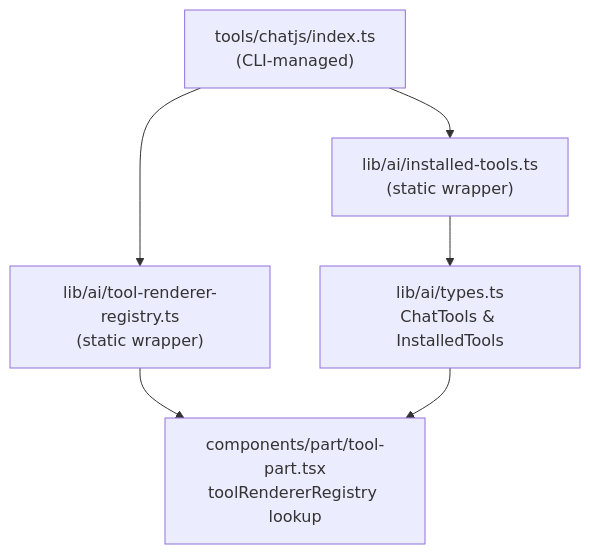
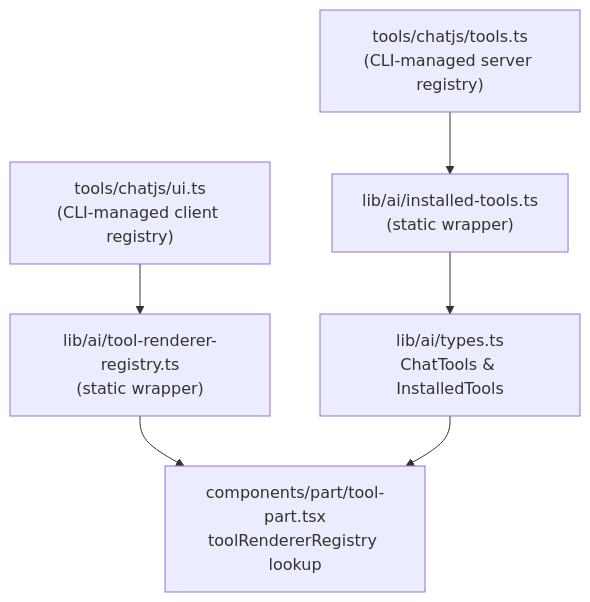
The diagram in apps/docs/cookbook/tools.mdx (warklp/chat-js), drawn with Mermaid before and after one commit. The commit also changed other lines of this file and 18 other files, not shown here.

````diff
--- a/apps/docs/cookbook/tools.mdx
+++ b/apps/docs/cookbook/tools.mdx
@@ -24,8 +24,8 @@
 ```mermaid
 flowchart TD
-  A["tools/chatjs/index.ts\n(CLI-managed)"] --> B["lib/ai/installed-tools.ts\n(static wrapper)"]
-  A --> C["lib/ai/tool-renderer-registry.ts\n(static wrapper)"]
-  B --> D["lib/ai/types.ts\nChatTools & InstalledTools"]
-  C --> E["components/part/tool-part.tsx\ntoolRendererRegistry lookup"]
-  D --> E
+  A["tools/chatjs/tools.ts\n(CLI-managed server registry)"] --> B["lib/ai/installed-tools.ts\n(static wrapper)"]
+  C["tools/chatjs/ui.ts\n(CLI-managed client registry)"] --> D["lib/ai/tool-renderer-registry.ts\n(static wrapper)"]
+  B --> E["lib/ai/types.ts\nChatTools & InstalledTools"]
+  D --> F["components/part/tool-part.tsx\ntoolRendererRegistry lookup"]
+  E --> F
 ```
````
